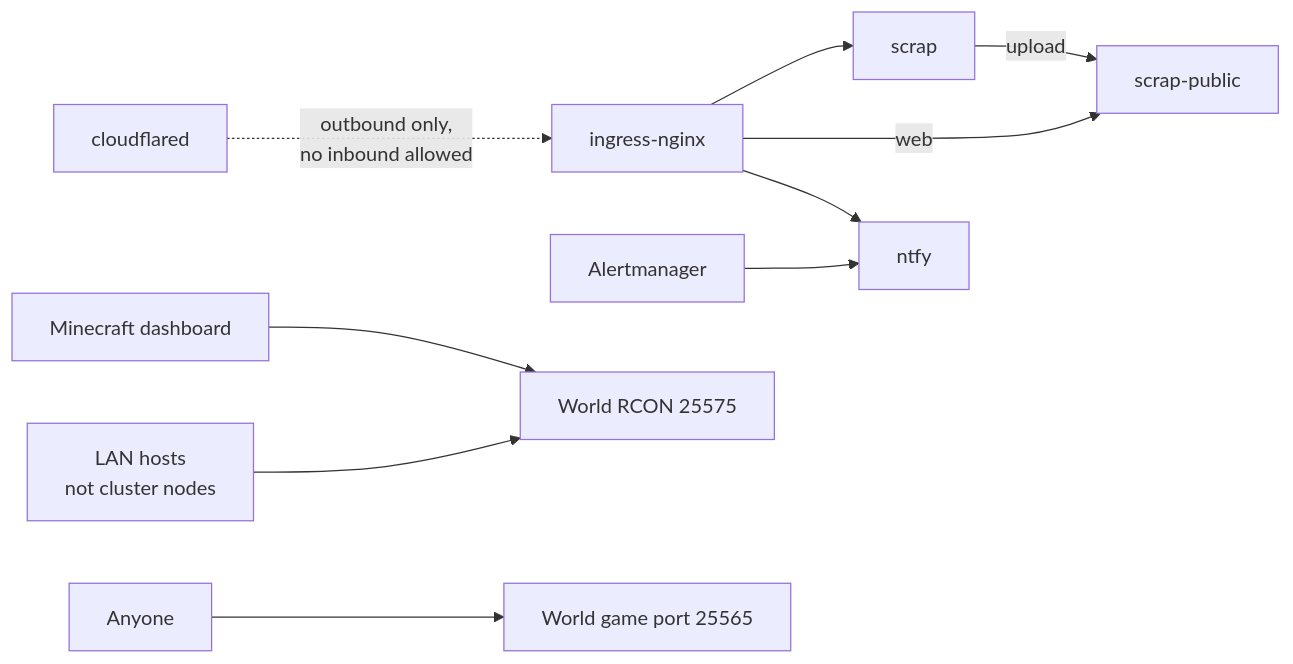
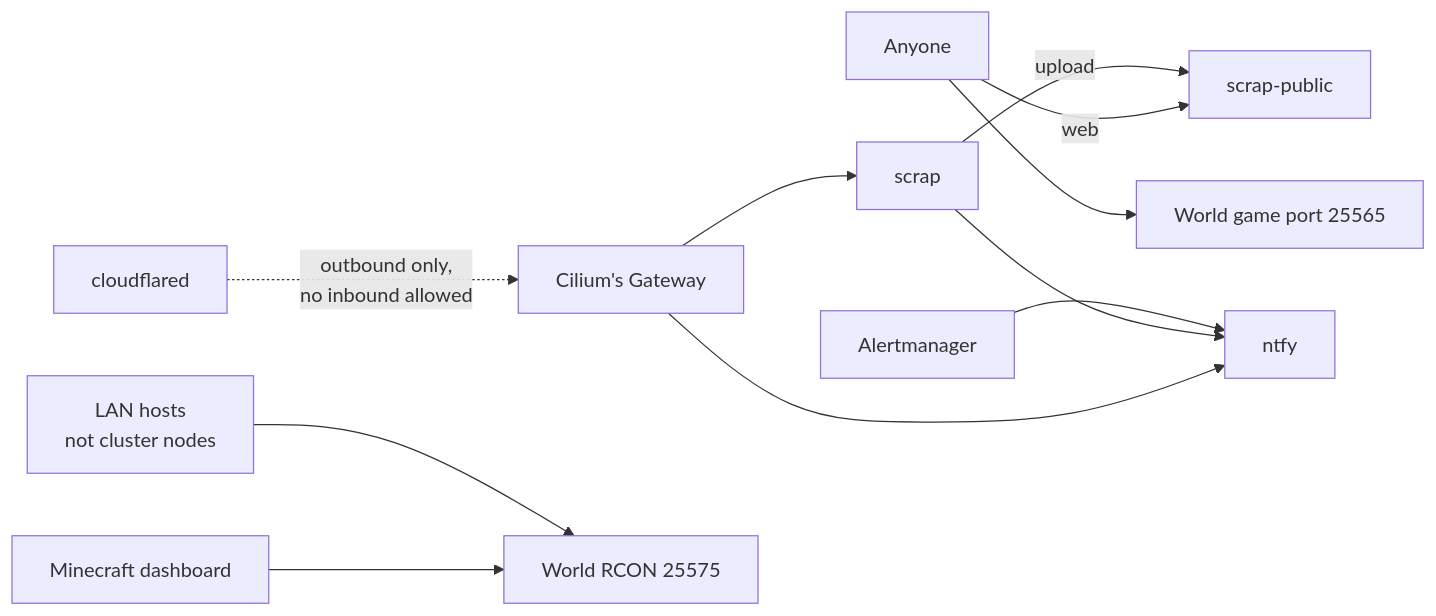
Before and after one commit to gilesknap/tpi-k3s-ansible: the second of 3 diagrams in docs/explanations/architecture/security.md, drawn with Mermaid. The commit also changed other lines of this file and 32 other files, not shown here.

First line of the commit message:
Docs: ingress-nginx is gone, the Gateway serves everything

````diff
--- a/docs/explanations/architecture/security.md
+++ b/docs/explanations/architecture/security.md
@@ -176,25 +176,26 @@
 ```mermaid
 flowchart LR
-    nginx["ingress-nginx"]
+    gw["Cilium's Gateway"]
     am["Alertmanager"]
     dash["Minecraft dashboard"]
     lan["LAN hosts<br/>not cluster nodes"]
     any["Anyone"]
 
     scrap["scrap"]
     pub["scrap-public"]
     ntfy["ntfy"]
     rcon["World RCON 25575"]
     game["World game port 25565"]
     cfd["cloudflared"]
 
-    nginx --> scrap
-    nginx -->|"web"| pub
+    gw --> scrap
+    any -->|"web"| pub
     scrap -->|"upload"| pub
-    nginx --> ntfy
+    gw --> ntfy
+    scrap --> ntfy
     am --> ntfy
     dash --> rcon
     lan --> rcon
     any --> game
-    cfd -. "outbound only,<br/>no inbound allowed" .-> nginx
+    cfd -. "outbound only,<br/>no inbound allowed" .-> gw
 ```
````
